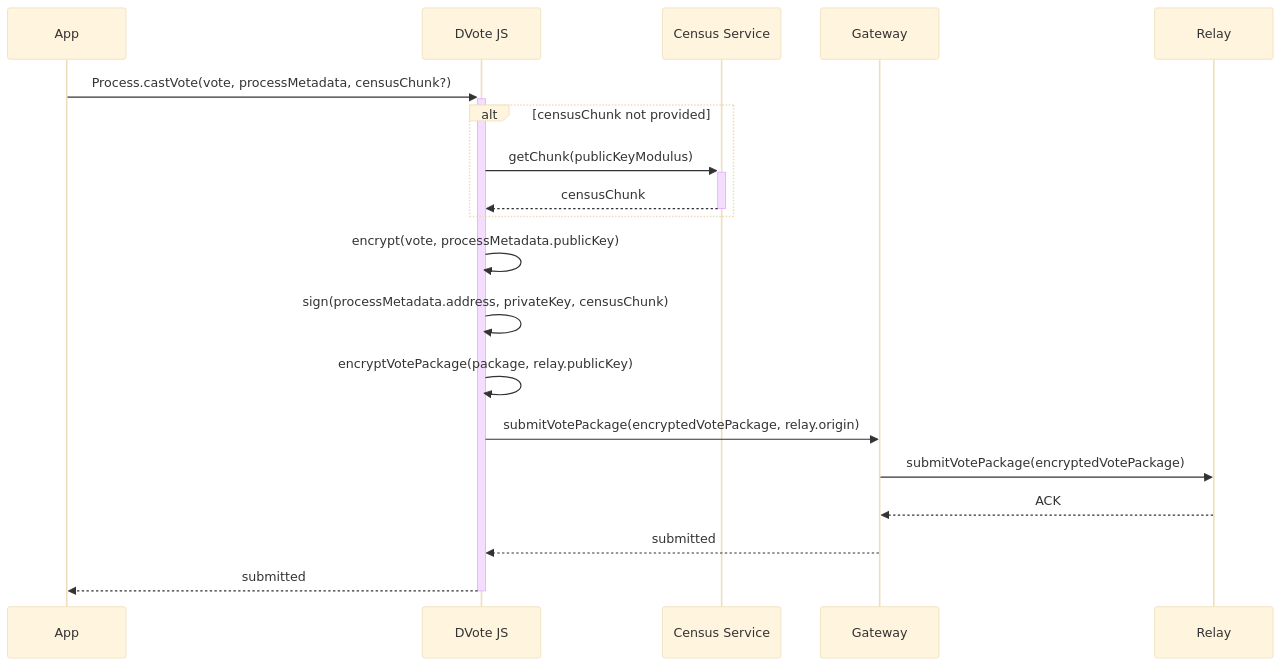
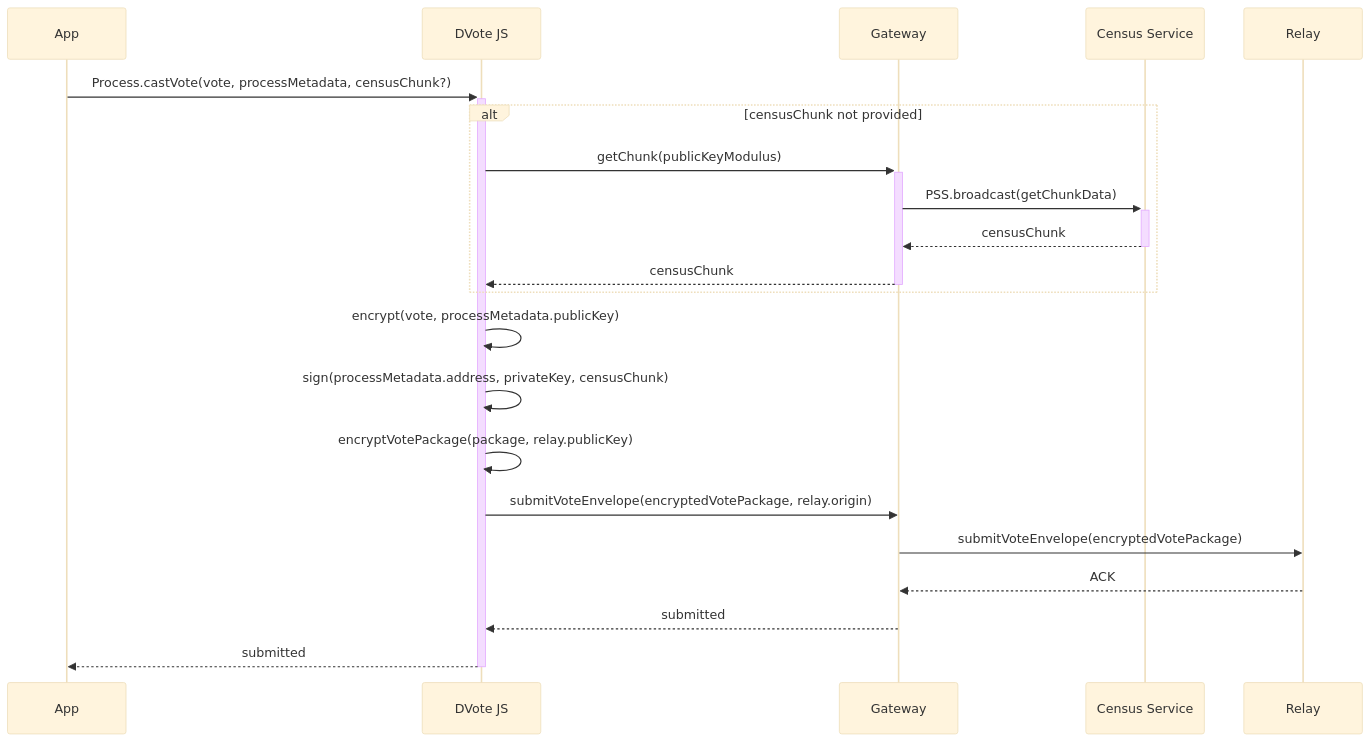
Before and after one commit to vocdoni/docs: diagram 11 of 15 in docs/protocol/sequence-diagrams.md, drawn with Mermaid (base theme). The commit also changed other lines of this file and 1 other file, not shown here.

Commit message:
Splitting vote package into vote package and vote envelope

````diff
--- a/docs/protocol/sequence-diagrams.md
+++ b/docs/protocol/sequence-diagrams.md
@@ -325,34 +329,38 @@
 ```mermaid
 sequenceDiagram
 
     participant App
     participant DV as DVote JS
+    participant GW as Gateway
     participant CS as Census Service
-    participant GW as Gateway
     participant RL as Relay
 
     App->>+DV: Process.castVote(vote, processMetadata, censusChunk?)
 
         alt censusChunk not provided
 
-            DV->>+CS: getChunk(publicKeyModulus)
-            CS-->>-DV: censusChunk
+            DV->>+GW: getChunk(publicKeyModulus)
+
+            GW->>+CS: PSS.broadcast(getChunkData)
+            CS-->>-GW: censusChunk
+
+            GW-->>-DV: censusChunk
 
         end
 
         DV->>DV: encrypt(vote, processMetadata.publicKey)
         
         DV->>DV: sign(processMetadata.address, privateKey, censusChunk)
 
         DV->>DV: encryptVotePackage(package, relay.publicKey)
 
-        DV->>GW: submitVotePackage(encryptedVotePackage, relay.origin)
+        DV->>GW: submitVoteEnvelope(encryptedVotePackage, relay.origin)
             
-            GW->>RL: submitVotePackage(encryptedVotePackage)
+            GW->>RL: submitVoteEnvelope(encryptedVotePackage)
             RL-->>GW: ACK
         
         GW-->>DV: submitted
 
     DV-->>-App: submitted
 
 ```
````
